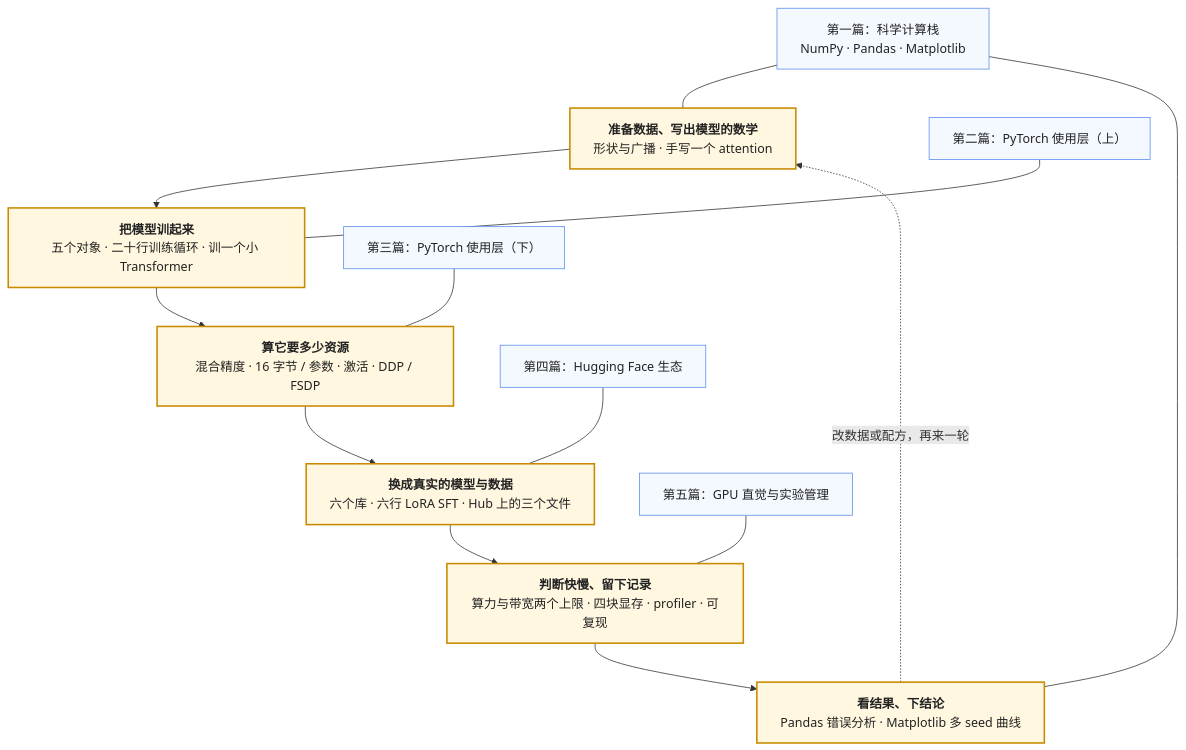
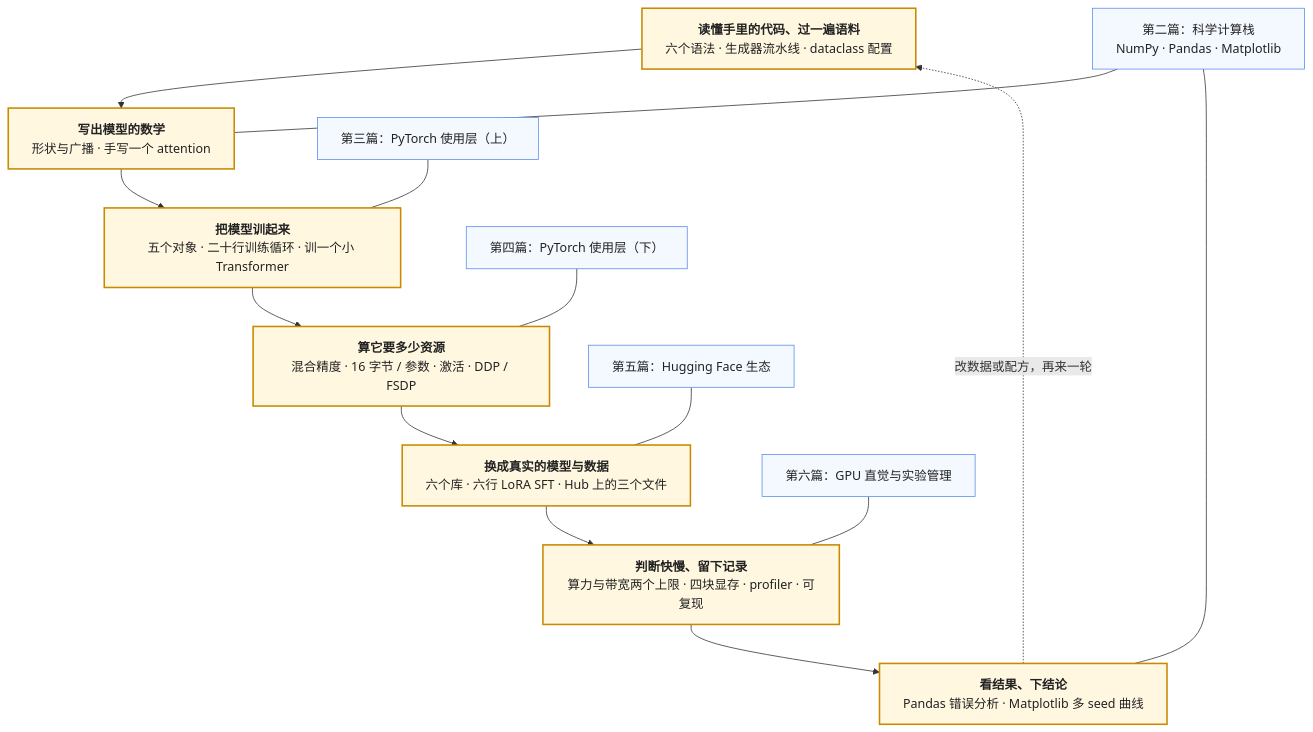
The diagram in _posts/2026-01-16-tooling-for-ai-algorithm-engineers.md (arganzheng/arganzheng.github.com), drawn with Mermaid before and after one commit. The commit also changed other lines of this file and 21 other files, not shown here.

````diff
--- a/_posts/2026-01-16-tooling-for-ai-algorithm-engineers.md
+++ b/_posts/2026-01-16-tooling-for-ai-algorithm-engineers.md
@@ -85,35 +86,37 @@
 ```mermaid
 %%{init: {"flowchart": {"wrappingWidth": 320}}}%%
 flowchart TB
-    S1["`**准备数据、写出模型的数学**
+    S0["`**读懂手里的代码、过一遍语料**
+六个语法 · 生成器流水线 · dataclass 配置`"]
+    S1["`**写出模型的数学**
 形状与广播 · 手写一个 attention`"]
     S2["`**把模型训起来**
 五个对象 · 二十行训练循环 · 训一个小 Transformer`"]
     S3["`**算它要多少资源**
 混合精度 · 16 字节 / 参数 · 激活 · DDP / FSDP`"]
     S4["`**换成真实的模型与数据**
 六个库 · 六行 LoRA SFT · Hub 上的三个文件`"]
     S5["`**判断快慢、留下记录**
 算力与带宽两个上限 · 四块显存 · profiler · 可复现`"]
     S6["`**看结果、下结论**
 Pandas 错误分析 · Matplotlib 多 seed 曲线`"]
-    S1 --> S2 --> S3 --> S4 --> S5 --> S6
-    S6 -. "改数据或配方，再来一轮" .-> S1
+    S0 --> S1 --> S2 --> S3 --> S4 --> S5 --> S6
+    S6 -. "改数据或配方，再来一轮" .-> S0
 
-    T1["第一篇：科学计算栈<br/>NumPy · Pandas · Matplotlib"]
-    T2["第二篇：PyTorch 使用层（上）"]
-    T3["第三篇：PyTorch 使用层（下）"]
-    T4["第四篇：Hugging Face 生态"]
-    T5["第五篇：GPU 直觉与实验管理"]
+    T1["第二篇：科学计算栈<br/>NumPy · Pandas · Matplotlib"]
+    T2["第三篇：PyTorch 使用层（上）"]
+    T3["第四篇：PyTorch 使用层（下）"]
+    T4["第五篇：Hugging Face 生态"]
+    T5["第六篇：GPU 直觉与实验管理"]
     T1 --- S1
     T2 --- S2
     T3 --- S3
     T4 --- S4
     T5 --- S5
     T1 --- S6
 
     classDef step fill:#fff7e0,stroke:#c98a00,stroke-width:2px,color:#222
     classDef post fill:#f4f8ff,stroke:#5b8def,stroke-width:1px,color:#222
-    class S1,S2,S3,S4,S5,S6 step
-    class T1,T2,T3,T4,T5 post
+    class S0,S1,S2,S3,S4,S5,S6 step
+    class T0,T1,T2,T3,T4,T5 post
 ```
````
